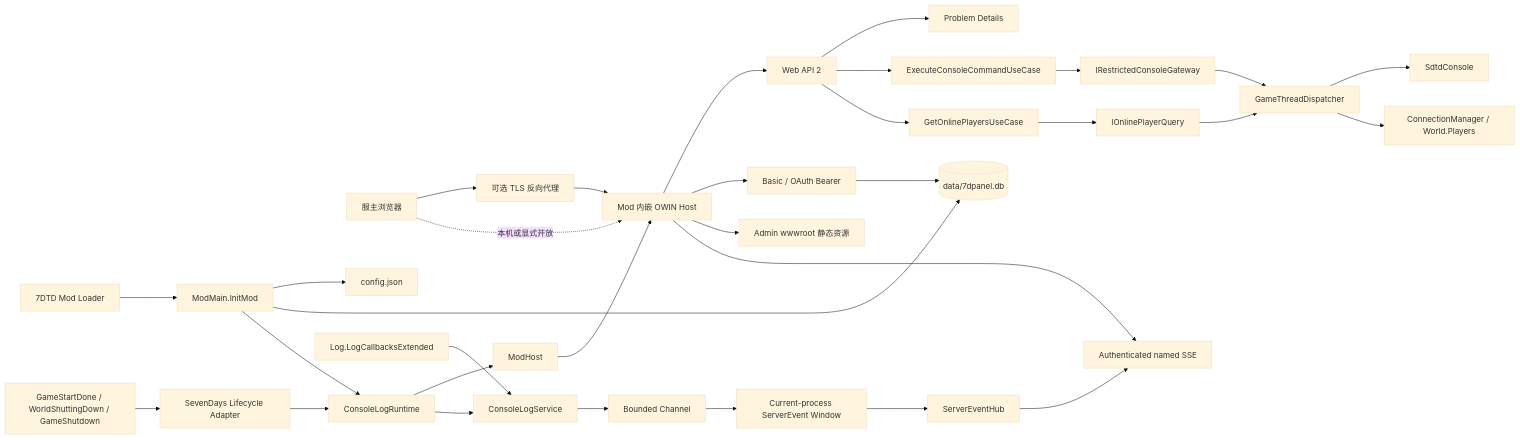
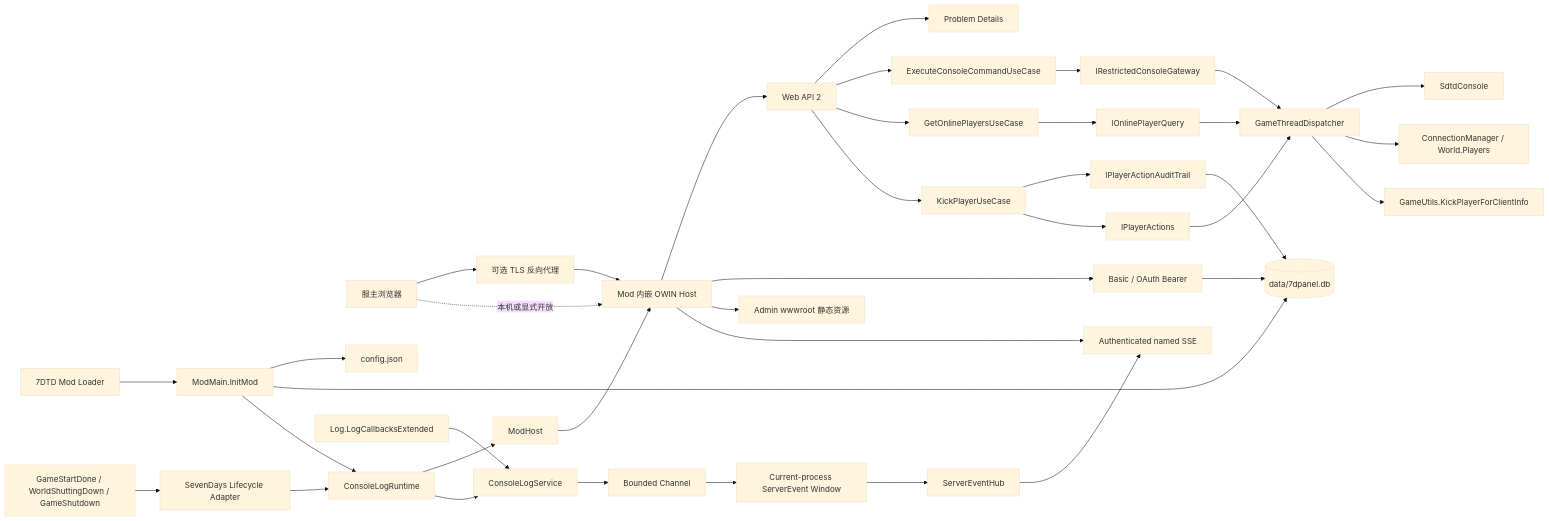
The diagram in docs/architecture.md (IceCoffee1024/7dpanel-legacy), drawn with Mermaid (base theme) before and after one commit. The commit also changed other lines of this file and 39 other files, not shown here.

````diff
--- a/docs/architecture.md
+++ b/docs/architecture.md
@@ -20,34 +20,40 @@
 ```mermaid
 flowchart LR
     Browser[服主浏览器] --> Proxy[可选 TLS 反向代理]
     Proxy --> Host[Mod 内嵌 OWIN Host]
     Browser -. 本机或显式开放 .-> Host
     Host --> Api[Web API 2]
     Host --> Auth[Basic / OAuth Bearer]
     Api --> Problem[Problem Details]
     Host --> Static[Admin wwwroot 静态资源]
     ModLoader[7DTD Mod Loader] --> Bootstrap[ModMain.InitMod]
     Bootstrap --> Config[config.json]
     Bootstrap --> Database[(data/7dpanel.db)]
     Bootstrap --> Runtime[ConsoleLogRuntime]
     Runtime --> ModHost
     ModHost --> Host
     GameEvents[GameStartDone / WorldShuttingDown / GameShutdown] --> Lifecycle[SevenDays Lifecycle Adapter]
     Lifecycle --> Runtime
     GameLogs[Log.LogCallbacksExtended] --> LogService[ConsoleLogService]
     LogService --> LogQueue[Bounded Channel]
     LogQueue --> EventWindow[Current-process ServerEvent Window]
     EventWindow --> EventHub[ServerEventHub]
     EventHub --> Sse[Authenticated named SSE]
     Host --> Sse
     Auth --> Database
     Runtime --> LogService
     Api --> Application[ExecuteConsoleCommandUseCase]
     Application --> ConsolePort[IRestrictedConsoleGateway]
     ConsolePort --> Dispatcher[GameThreadDispatcher]
     Dispatcher --> GameConsole[SdtdConsole]
     Api --> PlayerUseCase[GetOnlinePlayersUseCase]
     PlayerUseCase --> PlayerPort[IOnlinePlayerQuery]
     PlayerPort --> Dispatcher
     Dispatcher --> LivePlayers[ConnectionManager / World.Players]
+    Api --> KickUseCase[KickPlayerUseCase]
+    KickUseCase --> AuditPort[IPlayerActionAuditTrail]
+    AuditPort --> Database
+    KickUseCase --> ActionPort[IPlayerActions]
+    ActionPort --> Dispatcher
+    Dispatcher --> NativeKick[GameUtils.KickPlayerForClientInfo]
 ```
````
